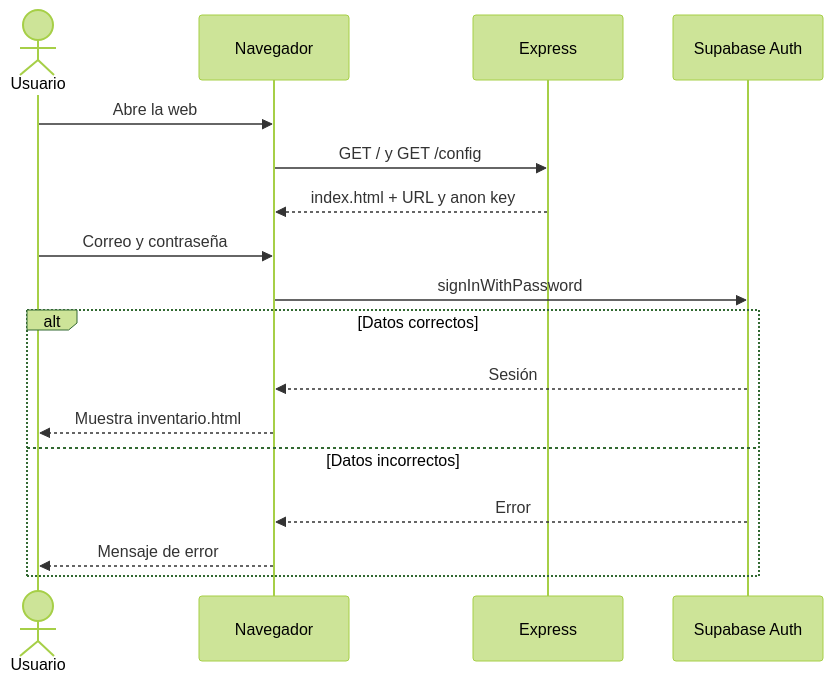
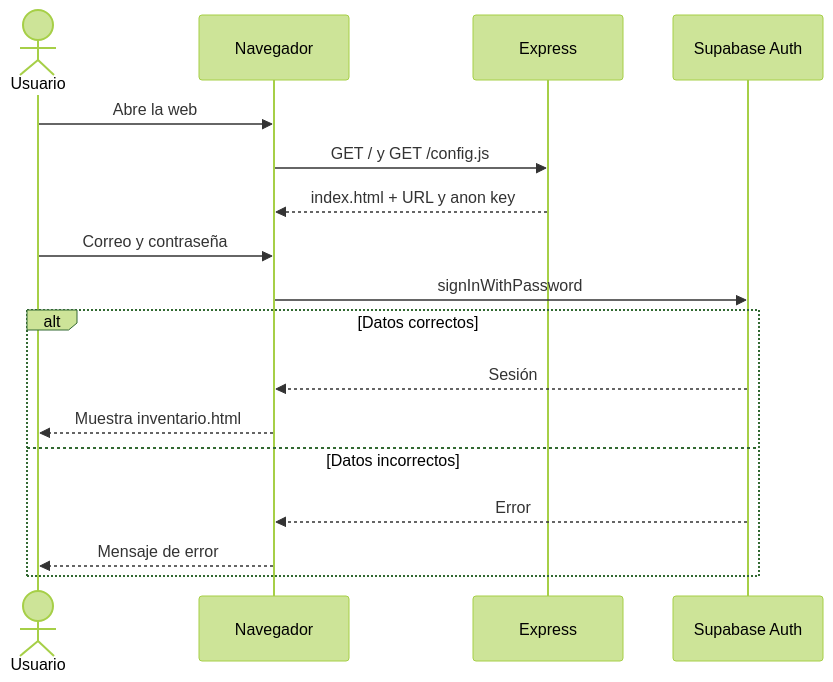
One commit to tecuapachogabriel696-svg/mini-inventario changed the second of 2 diagrams in docs/diseno.md. Above: the diagram before and after it, drawn with Mermaid (forest theme). The commit also changed other lines of this file and 54 other files, not shown here.

````diff
--- a/docs/diseno.md
+++ b/docs/diseno.md
@@ -108,19 +110,19 @@
 ```mermaid
 sequenceDiagram
     actor U as Usuario
     participant N as Navegador
     participant E as Express
     participant S as Supabase Auth
     U->>N: Abre la web
-    N->>E: GET / y GET /config
+    N->>E: GET / y GET /config.js
     E-->>N: index.html + URL y anon key
     U->>N: Correo y contraseña
     N->>S: signInWithPassword
     alt Datos correctos
         S-->>N: Sesión
         N-->>U: Muestra inventario.html
     else Datos incorrectos
         S-->>N: Error
         N-->>U: Mensaje de error
     end
 ```
````
